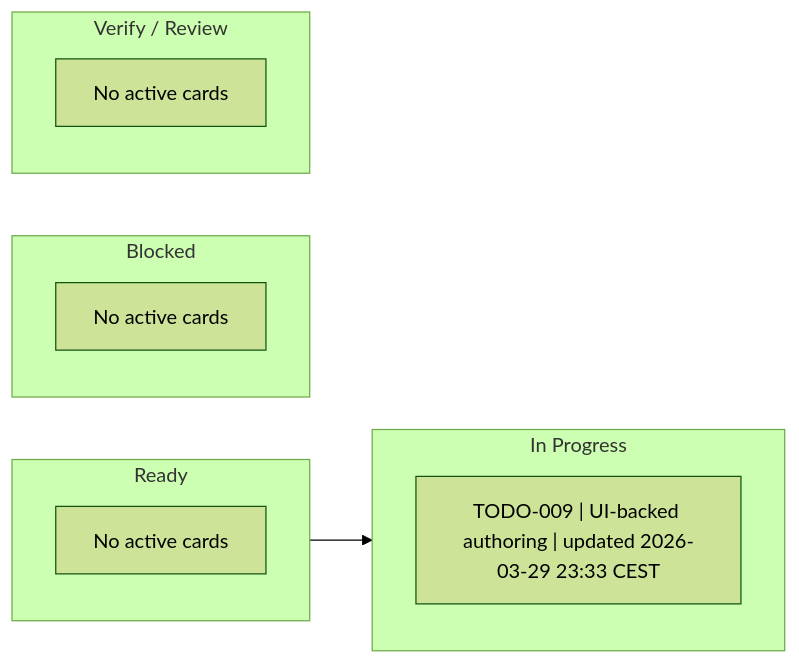
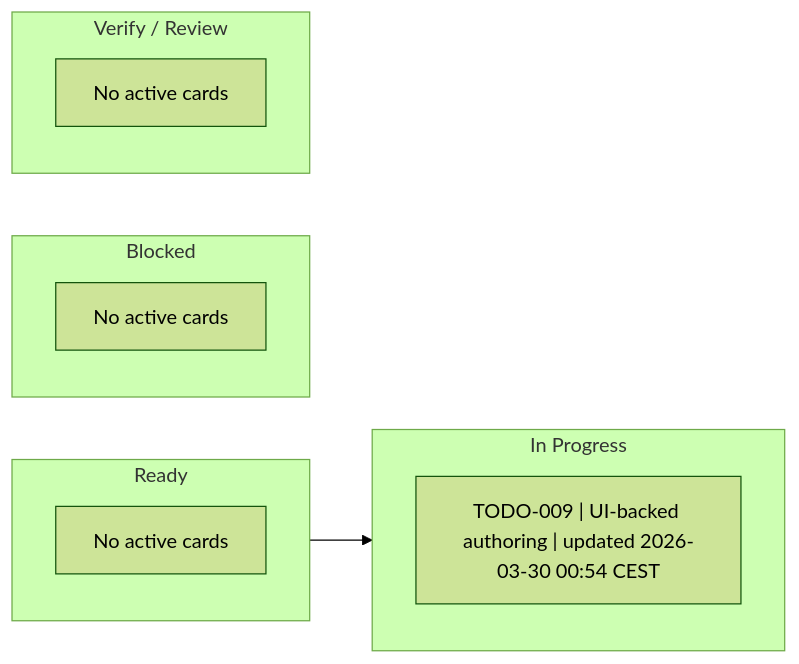
Before and after one commit to shomsy/step-by-step-animator: the diagram in .agents/management/ACTIVE.md, drawn with Mermaid (forest theme). The commit also changed 2 other files, not shown here.

Commit message:
Clarify lesson state UX in plan

````diff
--- a/.agents/management/ACTIVE.md
+++ b/.agents/management/ACTIVE.md
@@ -20,20 +20,20 @@
 ```mermaid
 flowchart LR
     subgraph Ready["Ready"]
         R0["No active cards"]
     end
 
     subgraph InProgress["In Progress"]
-        P1["TODO-009 | UI-backed authoring | updated 2026-03-29 23:33 CEST"]
+        P1["TODO-009 | UI-backed authoring | updated 2026-03-30 00:54 CEST"]
     end
 
     subgraph Blocked["Blocked"]
         B0["No active cards"]
     end
 
     subgraph Verify["Verify / Review"]
         V0["No active cards"]
     end
 
     Ready --> InProgress
 ```
````
